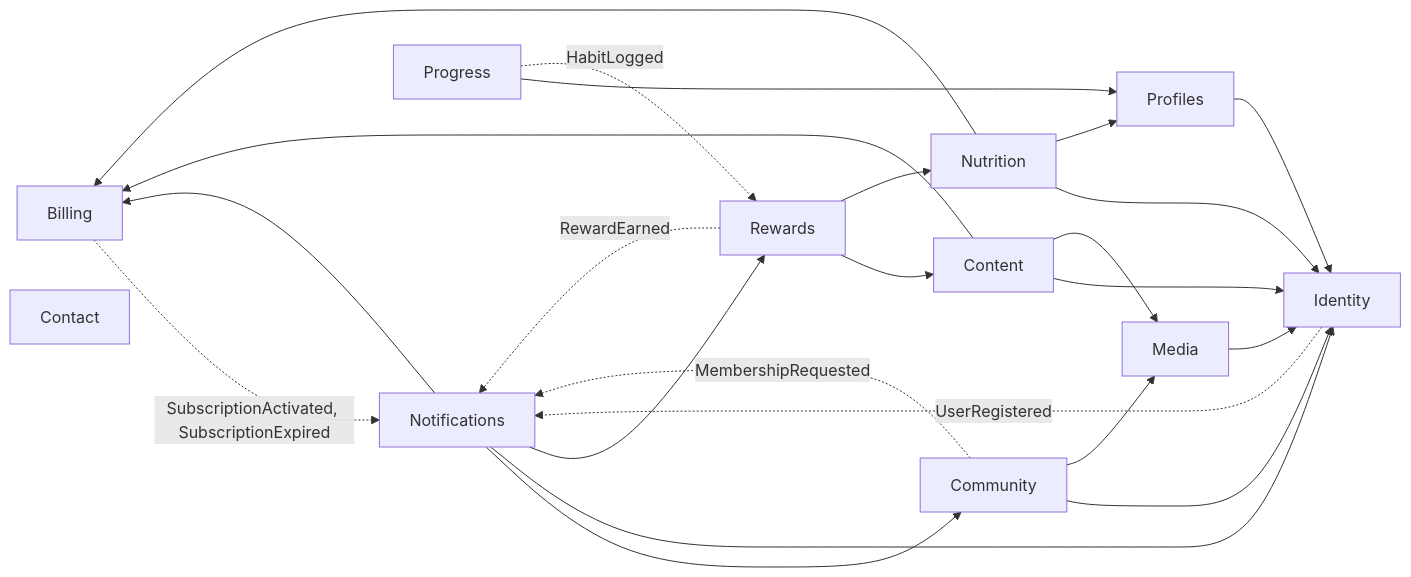
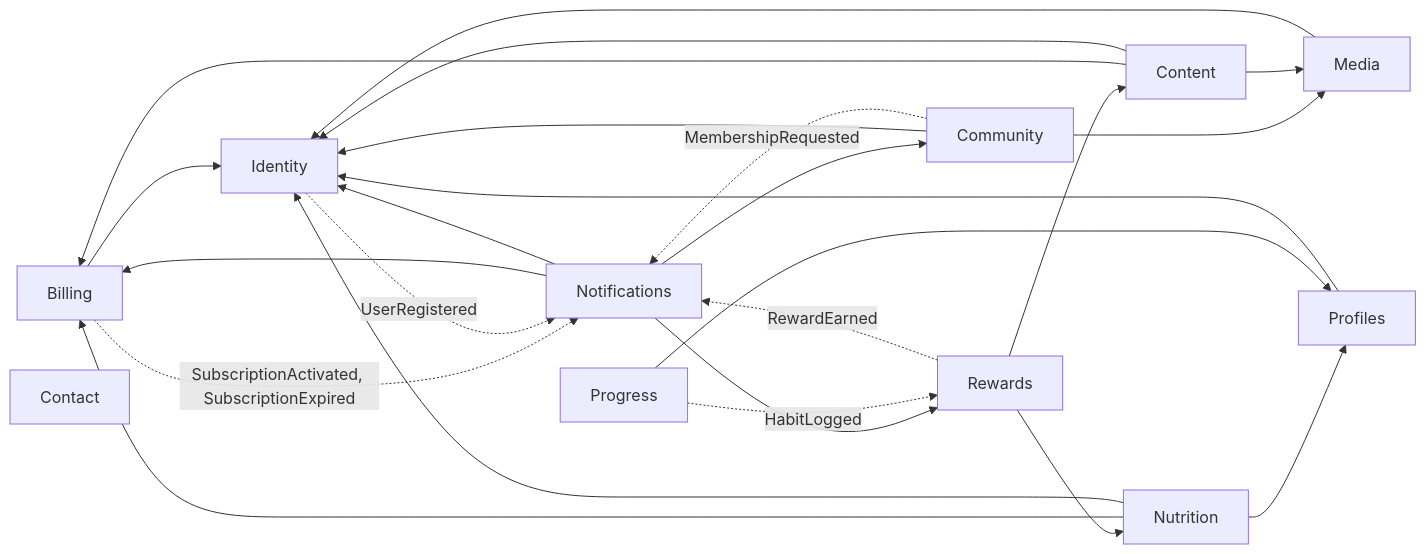
The diagram in docs/modules.md (vfernandezg-dev/healthy-bites-api), drawn with Mermaid before and after one commit. The commit also changed other lines of this file and 4 other files, not shown here.

````diff
--- a/docs/modules.md
+++ b/docs/modules.md
@@ -10,36 +10,37 @@
 ```mermaid
 flowchart LR
     billing["Billing"]
     community["Community"]
     contact["Contact"]
     content["Content"]
     identity["Identity"]
     media["Media"]
     notifications["Notifications"]
     nutrition["Nutrition"]
     profiles["Profiles"]
     progress["Progress"]
     rewards["Rewards"]
+    billing --> identity
     community --> identity
     community --> media
     content --> billing
     content --> identity
     content --> media
     media --> identity
     notifications --> billing
     notifications --> community
     notifications --> identity
     notifications --> rewards
     nutrition --> billing
     nutrition --> identity
     nutrition --> profiles
     profiles --> identity
     progress --> profiles
     rewards --> content
     rewards --> nutrition
     billing -. "SubscriptionActivated, SubscriptionExpired" .-> notifications
     community -. "MembershipRequested" .-> notifications
     identity -. "UserRegistered" .-> notifications
     progress -. "HabitLogged" .-> rewards
     rewards -. "RewardEarned" .-> notifications
 ```
````
